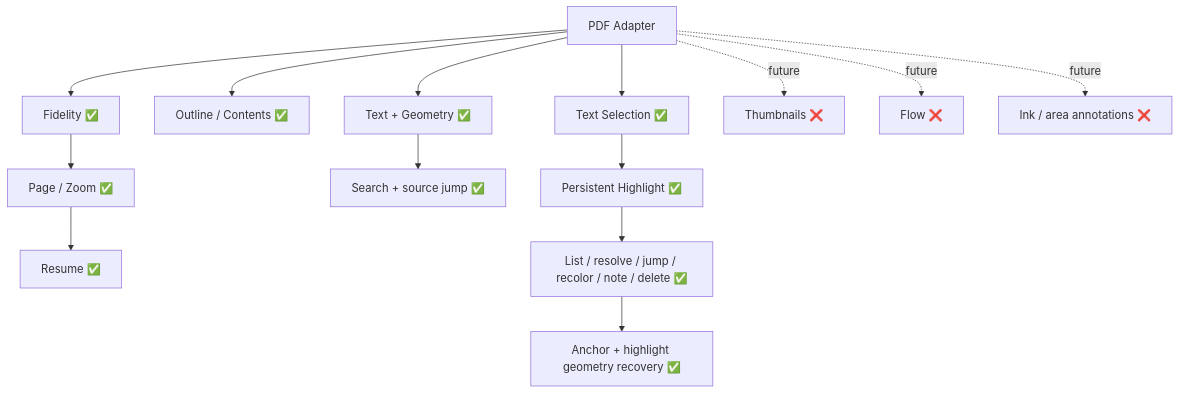
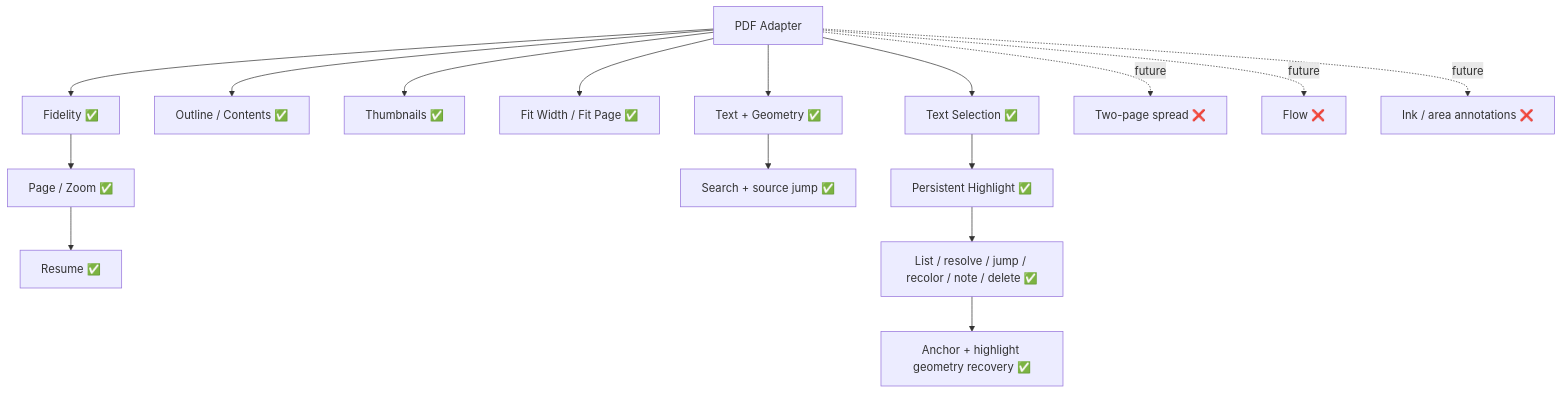
Diagram 12 of 17 in docs/PROJECT_GRAPH.md (aaditya140103/kola), drawn with Mermaid before and after one commit. The commit also changed other lines of this file and 3 other files, not shown here.

Commit message:
Add PDF fit controls

````diff
--- a/docs/PROJECT_GRAPH.md
+++ b/docs/PROJECT_GRAPH.md
@@ -230,25 +234,29 @@
 ```mermaid
 flowchart TD
     PDF[PDF Adapter]
     Fidelity[Fidelity ✅]
     Nav[Page / Zoom ✅]
     Outline[Outline / Contents ✅]
+    Thumbs[Thumbnails ✅]
+    Fit[Fit Width / Fit Page ✅]
     Resume[Resume ✅]
     Extract[Text + Geometry ✅]
     Search[Search + source jump ✅]
     Select[Text Selection ✅]
     Highlight[Persistent Highlight ✅]
     Manage[List / resolve / jump / recolor / note / delete ✅]
     Recover[Anchor + highlight geometry recovery ✅]
-    Thumbs[Thumbnails ❌]
+    Spread[Two-page spread ❌]
     Flow[Flow ❌]
     Ink[Ink / area annotations ❌]
 
     PDF --> Fidelity --> Nav --> Resume
     PDF --> Outline
-    PDF -. future .-> Thumbs
+    PDF --> Thumbs
+    PDF --> Fit
+    PDF -. future .-> Spread
     PDF --> Extract --> Search
     PDF --> Select --> Highlight --> Manage --> Recover
     PDF -. future .-> Flow
     PDF -. future .-> Ink
 ```
````
